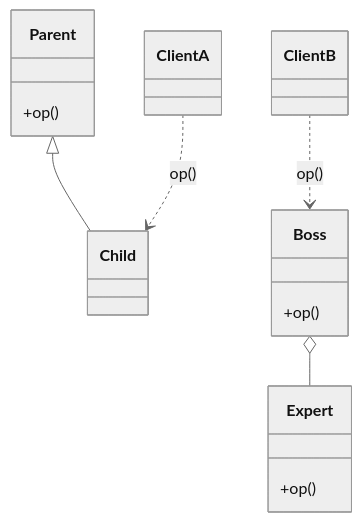
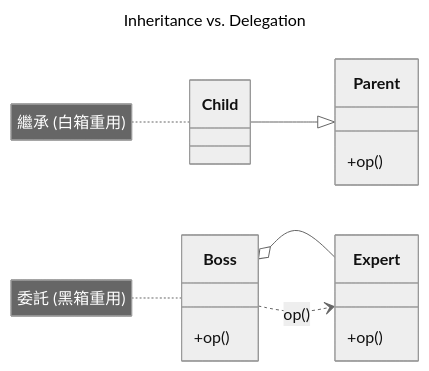
The first of 17 diagrams in Part3_Principle/ch08_oo.md (nlhsueh/teach_sw_fw), drawn with Mermaid (neutral theme) before and after one commit. The commit also changed other lines of this file and 1 other file, not shown here.

Commit message:
docs: standardize chapter 8 Mermaid diagrams and refine IoC content

````diff
--- a/Part3_Principle/ch08_oo.md
+++ b/Part3_Principle/ch08_oo.md
@@ -27,22 +25,24 @@
 ```mermaid
+---
+title: Inheritance vs. Delegation
+---
 classDiagram
+    direction LR
     class Parent {
         +op()
     }
     class Child
-    Parent <|-- Child
-
-    class ClientA
-    ClientA ..> Child : op()
+    Child --|> Parent
 
     class Expert {
         +op()
     }
     class Boss {
         +op()
     }
     Boss o-- Expert
+    Boss ..> Expert : op()
 
-    class ClientB
-    ClientB ..> Boss : op()
+    note for Child "繼承 (白箱重用)"
+    note for Boss "委託 (黑箱重用)"
 ```
````
